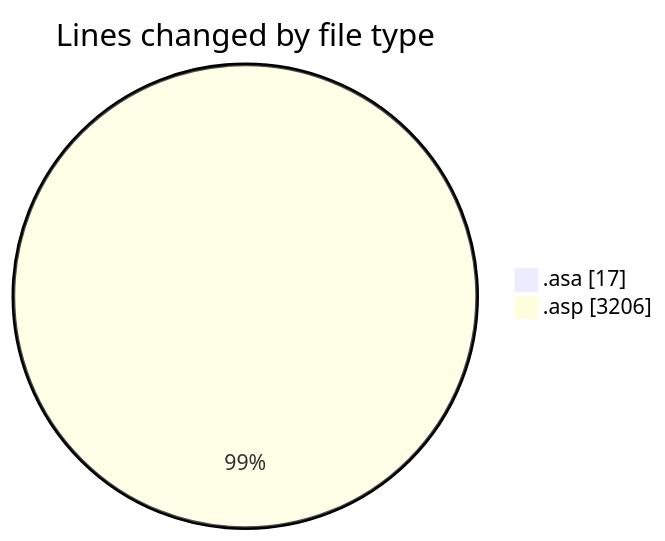
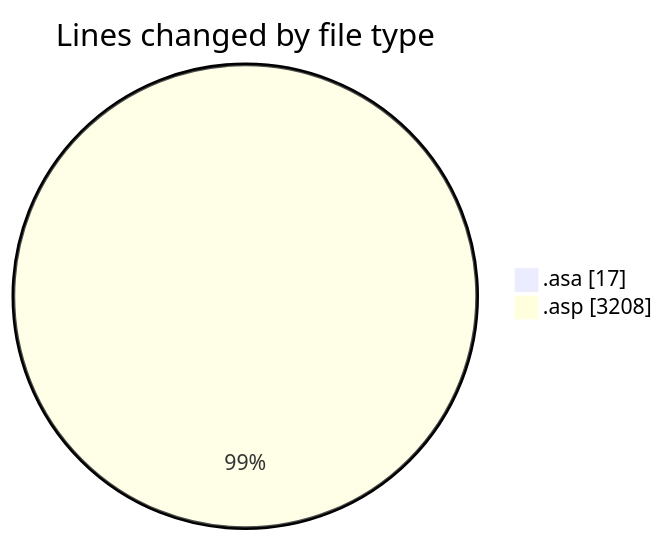
One commit to julien-gomy/code-tracking changed the first of 2 diagrams in 2025-11-06/usr_aleoudev_fr__workspace_/README.md. Above: the diagram before and after it, drawn with Mermaid. The commit also changed other lines of this file and 1 other file, not shown here.

````diff
--- a/2025-11-06/usr_aleoudev_fr__workspace_/README.md
+++ b/2025-11-06/usr_aleoudev_fr__workspace_/README.md
@@ -22,6 +22,6 @@
 ```mermaid
 pie showData
 title Lines changed by file type
 ".asa" : 17
-".asp" : 3206
+".asp" : 3208
 ```
````
